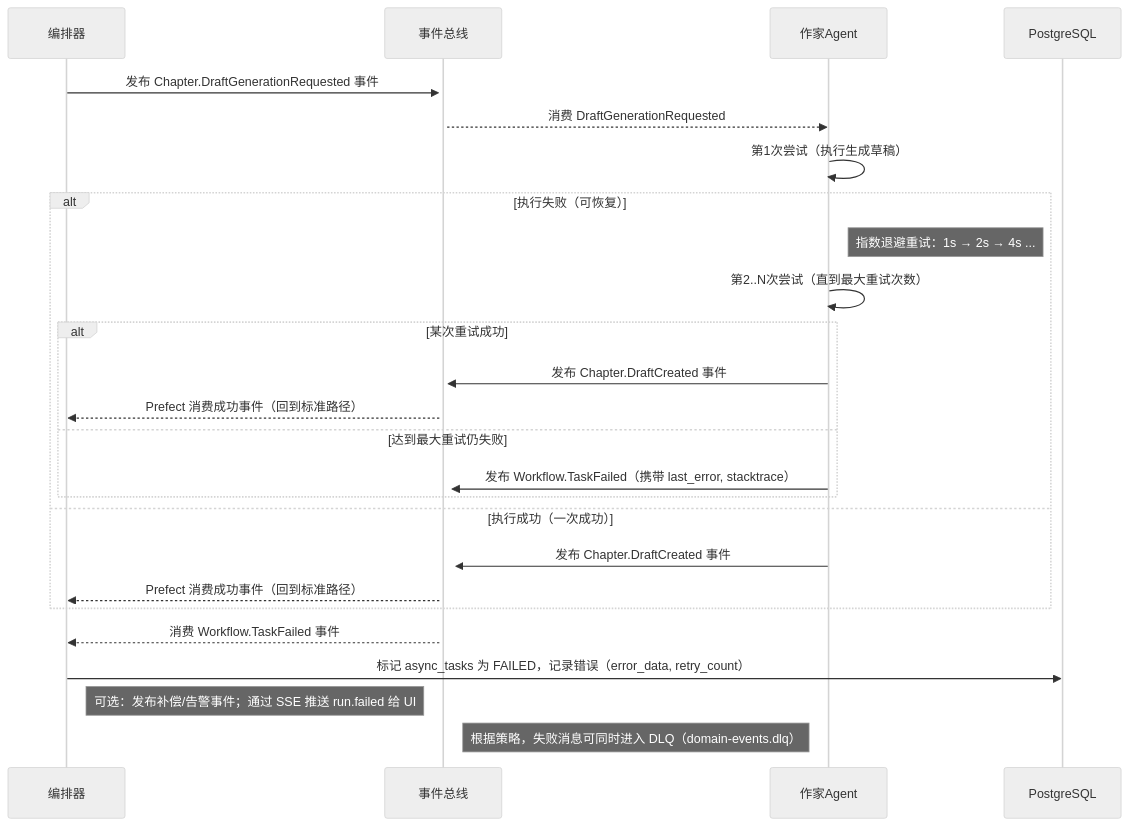
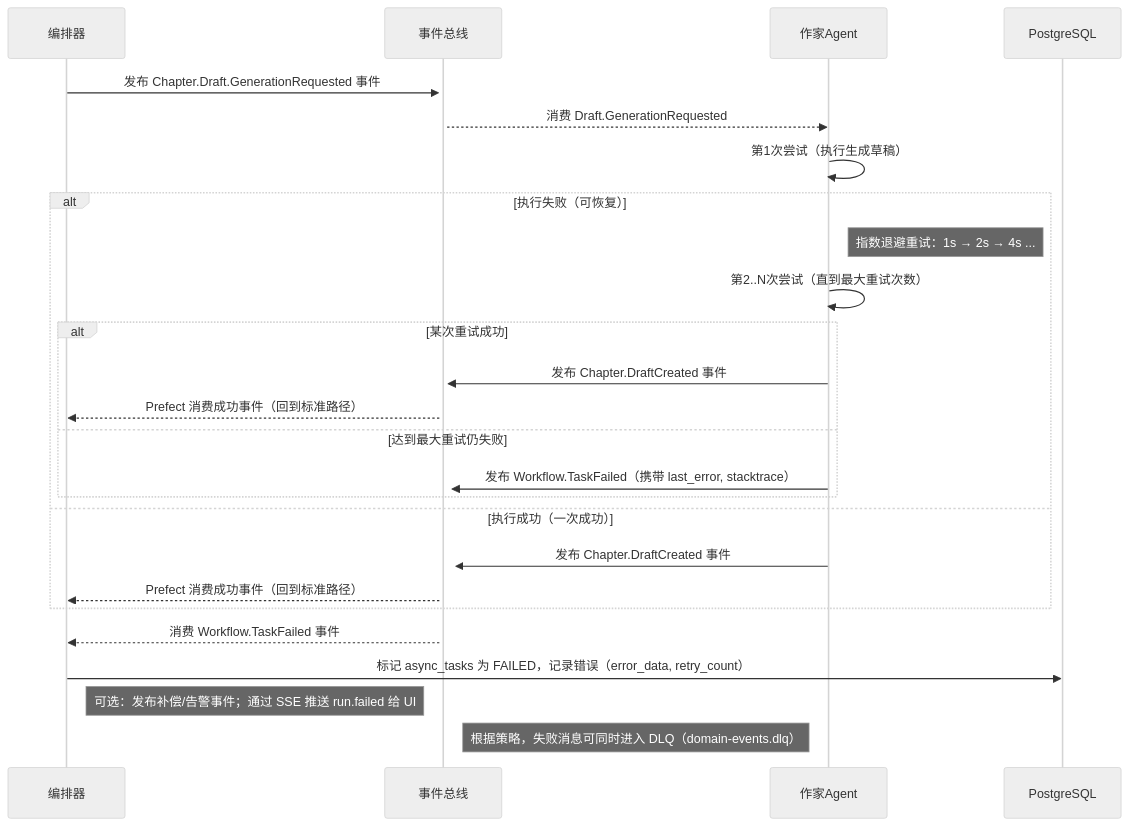
The third of 5 diagrams in docs/architecture/core-workflows.md (zhiyue/infinite-scribe), drawn with Mermaid (neutral theme) before and after one commit. The commit also changed other lines of this file and 1 other file, not shown here.

````diff
--- a/docs/architecture/core-workflows.md
+++ b/docs/architecture/core-workflows.md
@@ -147,33 +147,33 @@
 ```mermaid
 sequenceDiagram
     participant Prefect as 编排器
     participant Kafka as 事件总线
     participant WR_Agent as 作家Agent
     participant PG_DB as PostgreSQL
 
     %% ======================= 阶段一: 请求派发 =======================
-    Prefect->>+Kafka: 发布 Chapter.DraftGenerationRequested 事件
+    Prefect->>+Kafka: 发布 Chapter.Draft.GenerationRequested 事件
 
     %% ======================= 阶段二: Agent 尝试与重试 =======================
-    Kafka-->>WR_Agent: 消费 DraftGenerationRequested
+    Kafka-->>WR_Agent: 消费 Draft.GenerationRequested
     WR_Agent->>WR_Agent: 第1次尝试（执行生成草稿）
     alt 执行失败（可恢复）
         Note right of WR_Agent: 指数退避重试：1s → 2s → 4s ...
         WR_Agent->>WR_Agent: 第2..N次尝试（直到最大重试次数）
         alt 某次重试成功
             WR_Agent->>+Kafka: 发布 Chapter.DraftCreated 事件
             Kafka-->>Prefect: Prefect 消费成功事件（回到标准路径）
         else 达到最大重试仍失败
             WR_Agent->>+Kafka: 发布 Workflow.TaskFailed（携带 last_error, stacktrace）
         end
     else 执行成功（一次成功）
         WR_Agent->>+Kafka: 发布 Chapter.DraftCreated 事件
         Kafka-->>Prefect: Prefect 消费成功事件（回到标准路径）
     end
 
     %% ======================= 阶段三: 最终失败处理与通知 =======================
     Kafka-->>Prefect: 消费 Workflow.TaskFailed 事件
     Prefect->>PG_DB: 标记 async_tasks 为 FAILED，记录错误（error_data, retry_count）
     Note right of Prefect: 可选：发布补偿/告警事件；通过 SSE 推送 run.failed 给 UI
     Note right of Kafka: 根据策略，失败消息可同时进入 DLQ（domain-events.dlq）
 ```
````
